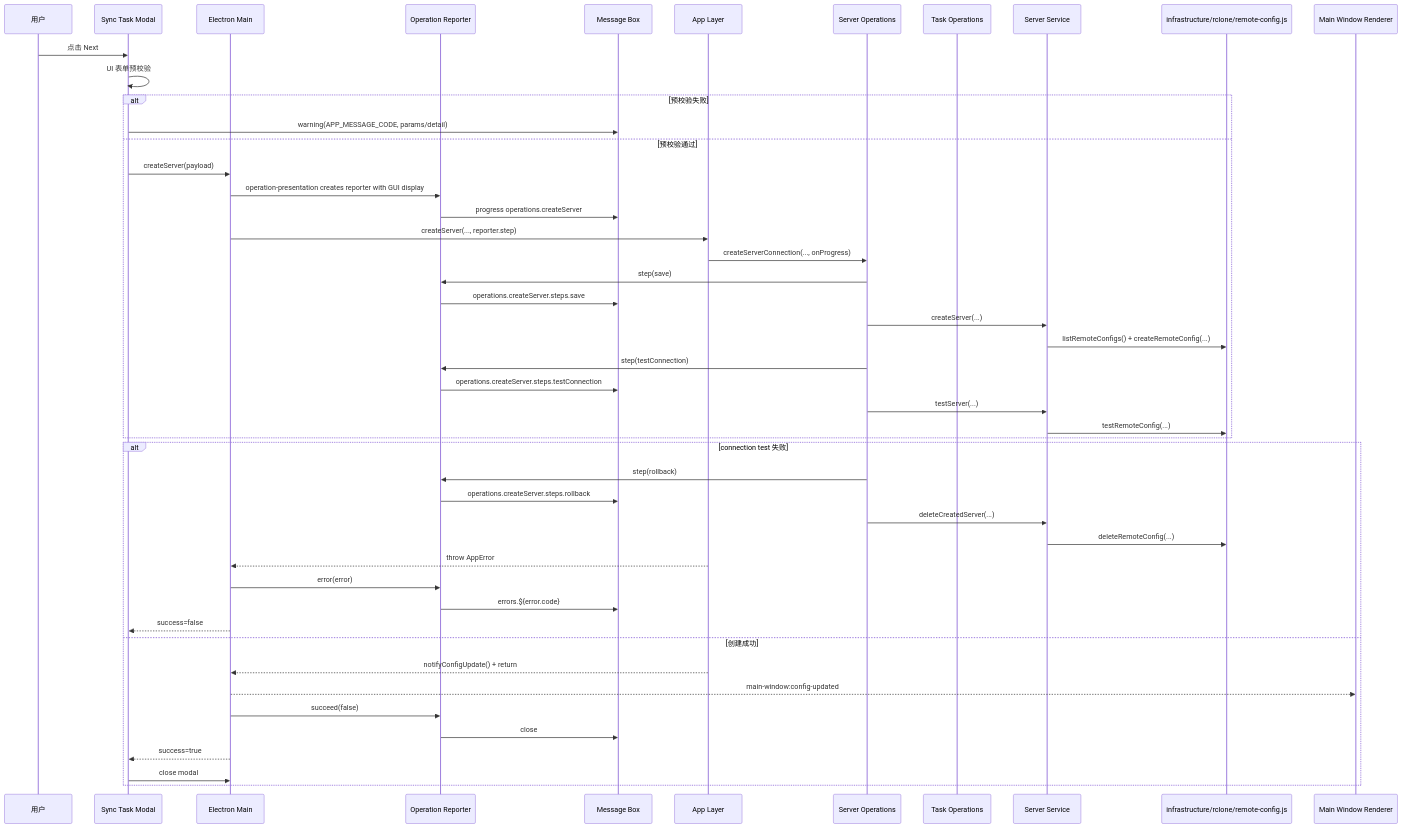
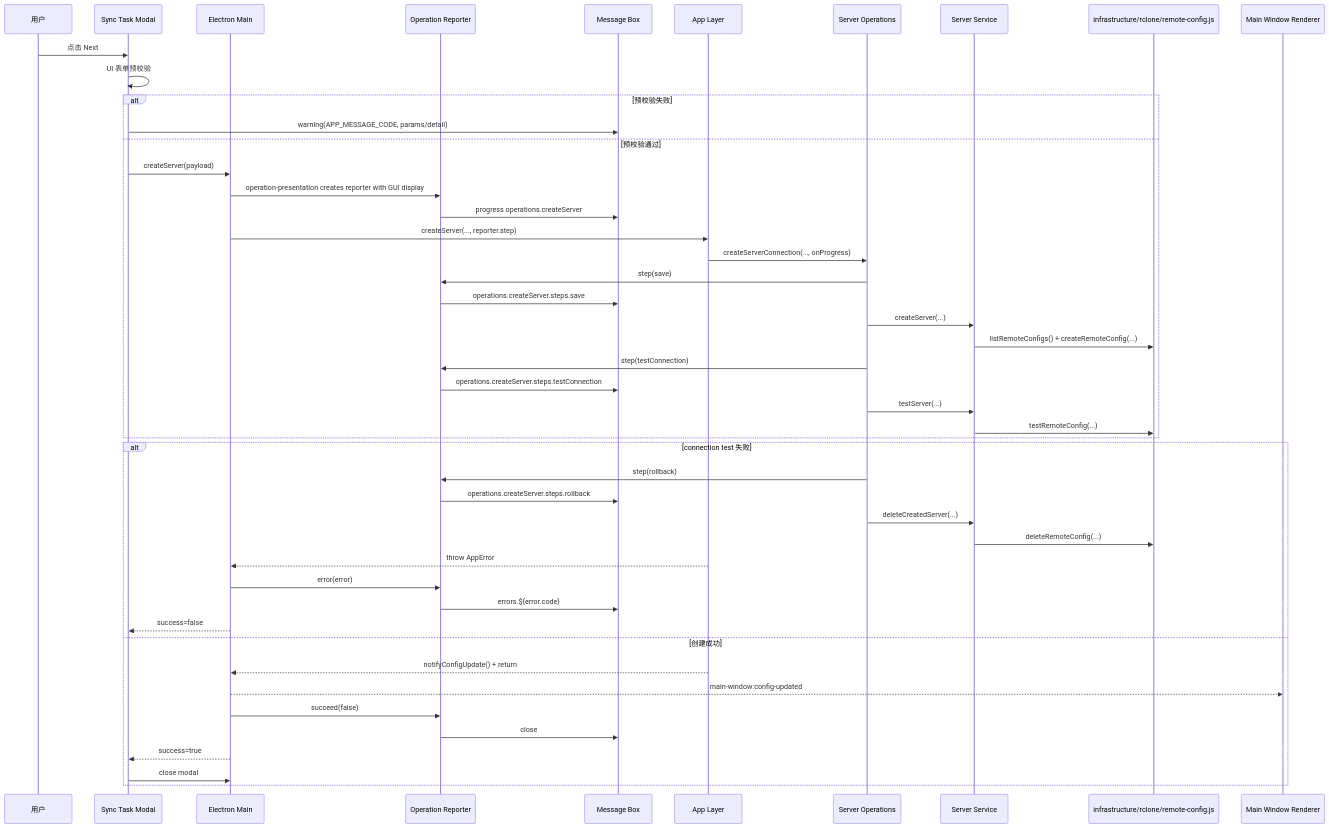
Diagram 13 of 15 in docs/Flows.md (agalloch21/sync-with-rclone), drawn with Mermaid before and after one commit. The commit also changed other lines of this file and 25 other files, not shown here.

````diff
--- a/docs/Flows.md
+++ b/docs/Flows.md
@@ -391,51 +391,50 @@
 ```mermaid
 sequenceDiagram
   participant U as 用户
   participant M as Sync Task Modal
   participant EM as Electron Main
   participant OR as Operation Reporter
   participant MB as Message Box
   participant APP as App Layer
   participant SO as Server Operations
-  participant TO as Task Operations
   participant SS as Server Service
   participant RC as infrastructure/rclone/remote-config.js
   participant MW as Main Window Renderer
 
   U->>M: 点击 Next
   M->>M: UI 表单预校验
   alt 预校验失败
     M->>MB: warning(APP_MESSAGE_CODE, params/detail)
   else 预校验通过
     M->>EM: createServer(payload)
     EM->>OR: operation-presentation creates reporter with GUI display
     OR->>MB: progress operations.createServer
     EM->>APP: createServer(..., reporter.step)
     APP->>SO: createServerConnection(..., onProgress)
     SO->>OR: step(save)
     OR->>MB: operations.createServer.steps.save
     SO->>SS: createServer(...)
     SS->>RC: listRemoteConfigs() + createRemoteConfig(...)
     SO->>OR: step(testConnection)
     OR->>MB: operations.createServer.steps.testConnection
     SO->>SS: testServer(...)
     SS->>RC: testRemoteConfig(...)
   end
   alt connection test 失败
     SO->>OR: step(rollback)
     OR->>MB: operations.createServer.steps.rollback
     SO->>SS: deleteCreatedServer(...)
     SS->>RC: deleteRemoteConfig(...)
     APP-->>EM: throw AppError
     EM->>OR: error(error)
     OR->>MB: errors.${error.code}
     EM-->>M: success=false
   else 创建成功
     APP-->>EM: notifyConfigUpdate() + return
     EM-->>MW: main-window:config-updated
     EM->>OR: succeed(false)
     OR->>MB: close
     EM-->>M: success=true
     M->>EM: close modal
   end
 ```
````
